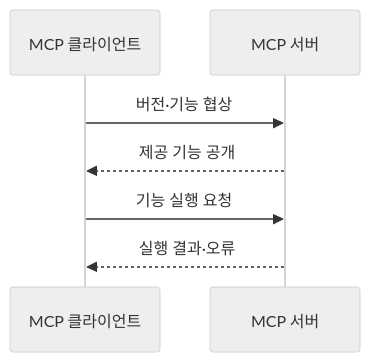
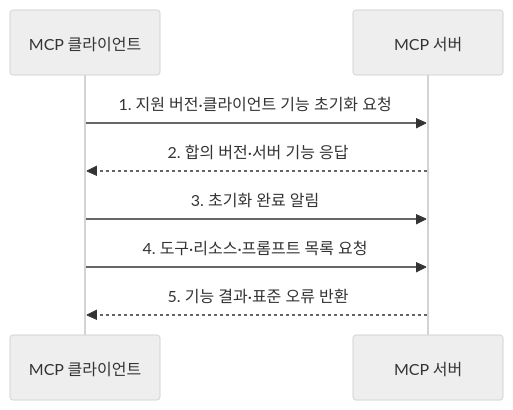
One commit to agnusdei1207/knowledge-base changed the second of 2 diagrams in src/content/docs/notes/08-latest-tech/006_model_context_protocol.md. Above: the diagram before and after it, drawn with Mermaid (neutral theme). The commit also changed other lines of this file and 9 other files, not shown here.

````diff
--- a/src/content/docs/notes/08-latest-tech/006_model_context_protocol.md
+++ b/src/content/docs/notes/08-latest-tech/006_model_context_protocol.md
@@ -84,9 +75,10 @@
 ```mermaid
 sequenceDiagram
     participant C as MCP 클라이언트
     participant S as MCP 서버
-    C->>S: 버전·기능 협상
-    S-->>C: 제공 기능 공개
-    C->>S: 기능 실행 요청
-    S-->>C: 실행 결과·오류
+    C->>S: 1. 지원 버전·클라이언트 기능 초기화 요청
+    S-->>C: 2. 합의 버전·서버 기능 응답
+    C->>S: 3. 초기화 완료 알림
+    C->>S: 4. 도구·리소스·프롬프트 목록 요청
+    S-->>C: 5. 기능 결과·표준 오류 반환
 ```
````
